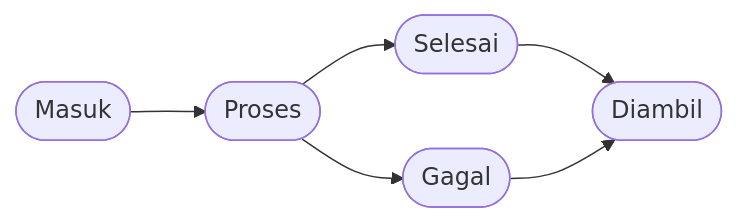
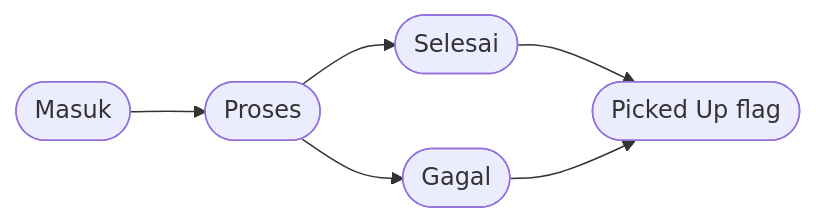
Before and after one commit to PintaAI/rms-v2: the first of 2 diagrams in user-manual/01-overview[RiBook2Line].md, drawn with Mermaid. The commit also changed other lines of this file and 29 other files, not shown here.

````diff
--- a/user-manual/01-overview[RiBook2Line].md
+++ b/user-manual/01-overview[RiBook2Line].md
@@ -13,8 +20,8 @@
 ```mermaid
 flowchart LR
     A([Masuk]) --> B([Proses])
     B --> C([Selesai])
-    B --> E([Gagal])
-    C --> D([Diambil])
-    E --> D
+    B --> D([Gagal])
+    C --> E([Picked Up flag])
+    D --> E([Picked Up flag])
 ```
````
